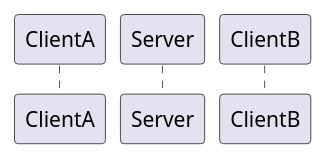
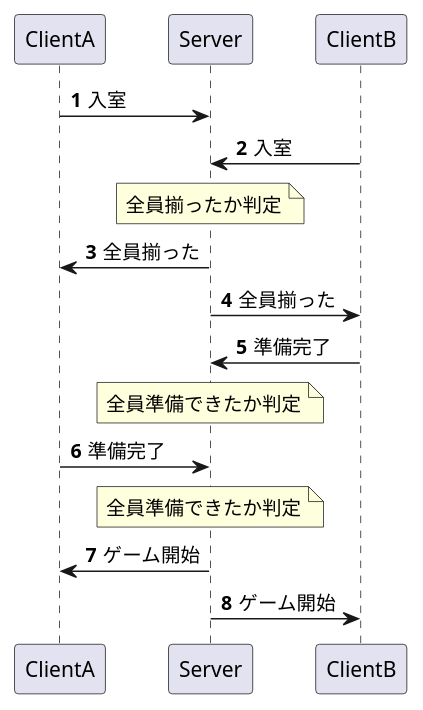
One commit to Bekomochi/RealTime-Repository changed the diagram in Document/ExclusiveControl.puml. Above: the diagram before and after it, drawn with PlantUML. The commit also changed 1 other file, not shown here.

Commit message:
アニメーション同期、排他制御のシーケンス図を編集

```diff
--- a/Document/ExclusiveControl.puml
+++ b/Document/ExclusiveControl.puml
@@ -1,10 +1,25 @@
 @startuml
 'https://plantuml.com/sequence-diagram
 
 autonumber
 
 participant ClientA
 participant Server
 participant ClientB
 
+ClientA->Server:入室
+ClientB->Server:入室
+note over Server:全員揃ったか判定
+
+ClientA<-Server:全員揃った
+ClientB<-Server:全員揃った
+
+ClientB->Server:準備完了
+note over Server:全員準備できたか判定
+ClientA->Server:準備完了
+note over Server:全員準備できたか判定
+
+ClientA<-Server:ゲーム開始
+ClientB<-Server:ゲーム開始
+
 @enduml
```
